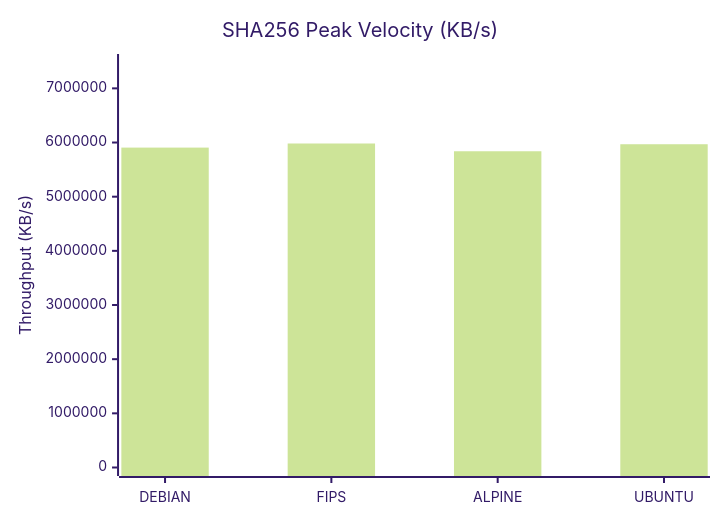
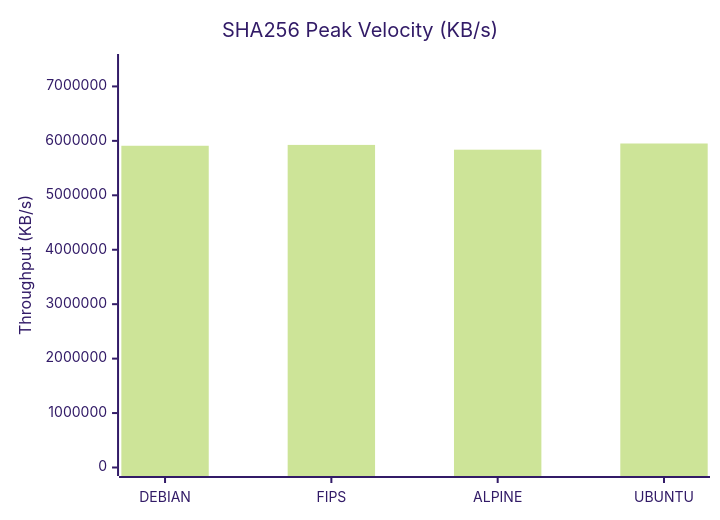
One commit to taha2samy/openssl_fips changed the second of 9 diagrams in docs/Comparison_Report.md. Above: the diagram before and after it, drawn with Mermaid (forest theme). The commit also changed other lines of this file and 2 other files, not shown here.

````diff
--- a/docs/Comparison_Report.md
+++ b/docs/Comparison_Report.md
@@ -65,7 +65,7 @@
 ```mermaid
 xychart-beta
     title "SHA256 Peak Velocity (KB/s)"
     x-axis [DEBIAN, FIPS, ALPINE, UBUNTU]
-    y-axis "Throughput (KB/s)" 0 --> 7477504
-    bar [5906366.46, 5982003.2, 5838766.08, 5968396.29]
+    y-axis "Throughput (KB/s)" 0 --> 7439390
+    bar [5910085.63, 5925527.55, 5837742.08, 5951512.58]
 ```
````
